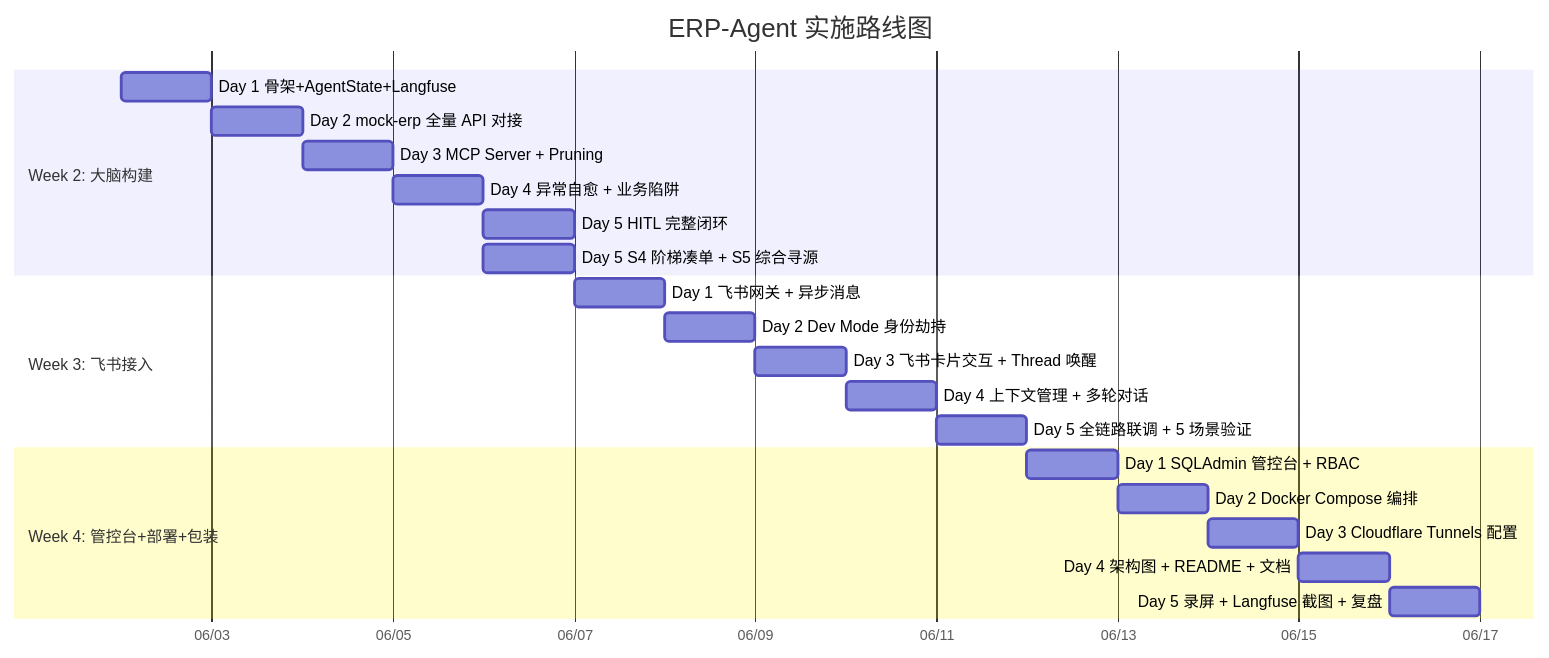
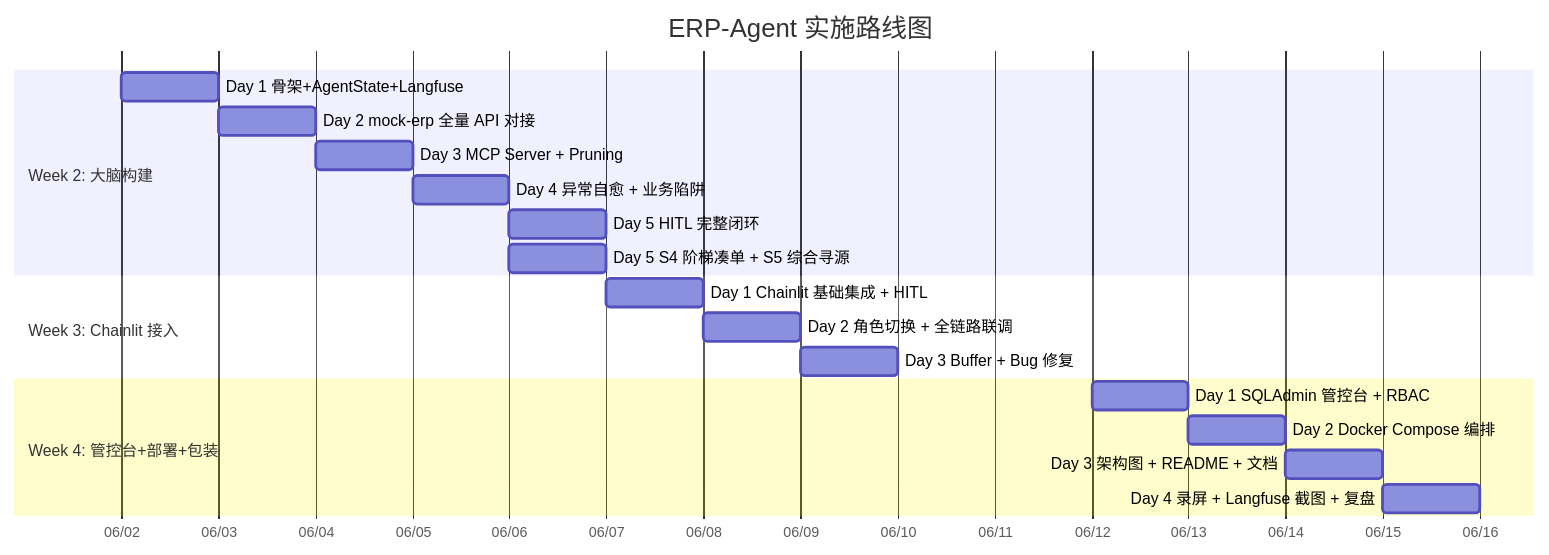
One commit to RuiRuiRuiY/erp-agent changed the diagram in backend/erp-agent/docs/04-Implementation-Plan.md. Above: the diagram before and after it, drawn with Mermaid. The commit also changed other lines of this file and 6 other files, not shown here.

````diff
--- a/backend/erp-agent/docs/04-Implementation-Plan.md
+++ b/backend/erp-agent/docs/04-Implementation-Plan.md
@@ -11,28 +11,25 @@
 ```mermaid
 gantt
     title ERP-Agent 实施路线图
     dateFormat  YYYY-MM-DD
     axisFormat  %m/%d
 
     section Week 2: 大脑构建
     Day 1 骨架+AgentState+Langfuse    :w2d1, 2026-06-02, 1d
     Day 2 mock-erp 全量 API 对接      :w2d2, 2026-06-03, 1d
     Day 3 MCP Server + Pruning        :w2d3, 2026-06-04, 1d
     Day 4 异常自愈 + 业务陷阱          :w2d4, 2026-06-05, 1d
     Day 5 HITL 完整闭环               :w2d5, 2026-06-06, 1d
     Day 5 S4 阶梯凑单 + S5 综合寻源   :w2d5b, 2026-06-06, 1d
 
-    section Week 3: 飞书接入
-    Day 1 飞书网关 + 异步消息          :w3d1, 2026-06-07, 1d
-    Day 2 Dev Mode 身份劫持           :w3d2, 2026-06-08, 1d
-    Day 3 飞书卡片交互 + Thread 唤醒  :w3d3, 2026-06-09, 1d
-    Day 4 上下文管理 + 多轮对话        :w3d4, 2026-06-10, 1d
-    Day 5 全链路联调 + 5 场景验证     :w3d5, 2026-06-11, 1d
+    section Week 3: Chainlit 接入
+    Day 1 Chainlit 基础集成 + HITL    :w3d1, 2026-06-07, 1d
+    Day 2 角色切换 + 全链路联调        :w3d2, 2026-06-08, 1d
+    Day 3 Buffer + Bug 修复           :w3d3, 2026-06-09, 1d
 
     section Week 4: 管控台+部署+包装
     Day 1 SQLAdmin 管控台 + RBAC      :w4d1, 2026-06-12, 1d
     Day 2 Docker Compose 编排         :w4d2, 2026-06-13, 1d
-    Day 3 Cloudflare Tunnels 配置     :w4d3, 2026-06-14, 1d
-    Day 4 架构图 + README + 文档      :w4d4, 2026-06-15, 1d
-    Day 5 录屏 + Langfuse 截图 + 复盘 :w4d5, 2026-06-16, 1d
+    Day 3 架构图 + README + 文档      :w4d3, 2026-06-14, 1d
+    Day 4 录屏 + Langfuse 截图 + 复盘 :w4d4, 2026-06-15, 1d
 ```
````
